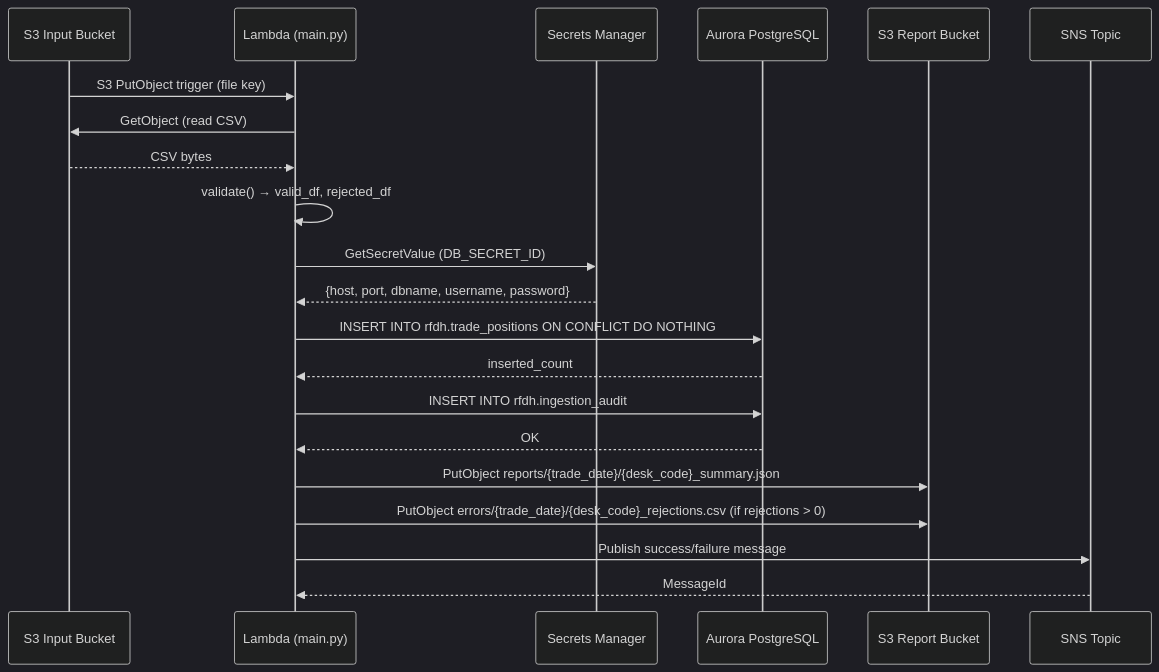
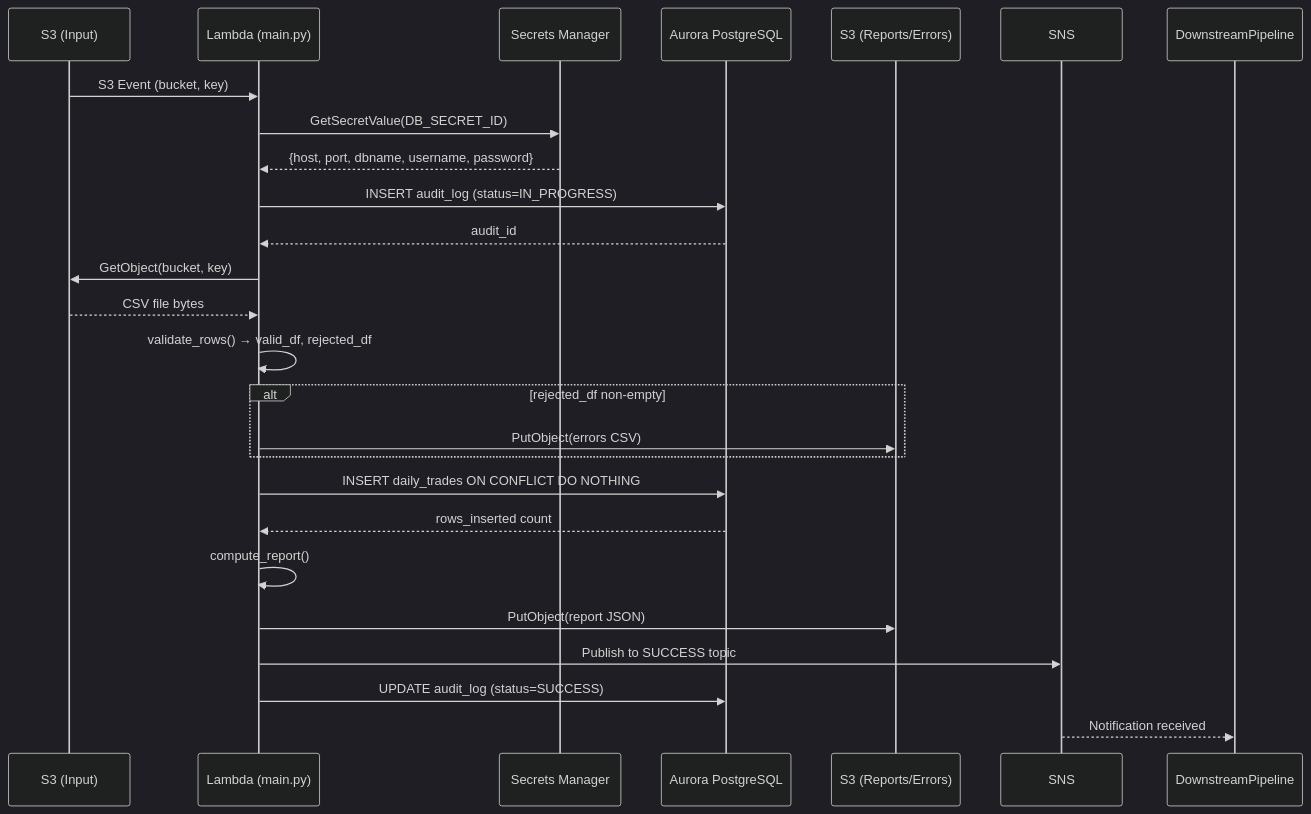
One commit to nartcr/agentic-poc-sandbox changed the second of 3 diagrams in TDD/TDD-Daily-Trade-Position-Ingestion.md. Above: the diagram before and after it, drawn with Mermaid (dark theme). The commit also changed other lines of this file and 10 other files, not shown here.

````diff
--- a/TDD/TDD-Daily-Trade-Position-Ingestion.md
+++ b/TDD/TDD-Daily-Trade-Position-Ingestion.md
@@ -483,30 +432,28 @@
 ```mermaid
 sequenceDiagram
-    participant S3_In as S3 Input Bucket
+    participant S3_In as S3 (Input)
     participant Lambda as Lambda (main.py)
-    participant SM as Secrets Manager
-    participant Aurora as Aurora PostgreSQL
-    participant S3_Rpt as S3 Report Bucket
-    participant SNS as SNS Topic
+    participant SecretsManager as Secrets Manager
+    participant AuroraDB as Aurora PostgreSQL
+    participant S3_Out as S3 (Reports/Errors)
+    participant SNS as SNS
 
-    S3_In->>Lambda: S3 PutObject trigger (file key)
-    Lambda->>S3_In: GetObject (read CSV)
-    S3_In-->>Lambda: CSV bytes
-
-    Lambda->>Lambda: validate() → valid_df, rejected_df
-
-    Lambda->>SM: GetSecretValue (DB_SECRET_ID)
-    SM-->>Lambda: {host, port, dbname, username, password}
-
-    Lambda->>Aurora: INSERT INTO rfdh.trade_positions ON CONFLICT DO NOTHING
-    Aurora-->>Lambda: inserted_count
-
-    Lambda->>Aurora: INSERT INTO rfdh.ingestion_audit
-    Aurora-->>Lambda: OK
-
-    Lambda->>S3_Rpt: PutObject reports/{trade_date}/{desk_code}_summary.json
-    Lambda->>S3_Rpt: PutObject errors/{trade_date}/{desk_code}_rejections.csv (if rejections > 0)
-
-    Lambda->>SNS: Publish success/failure message
-    SNS-->>Lambda: MessageId
+    S3_In->>Lambda: S3 Event (bucket, key)
+    Lambda->>SecretsManager: GetSecretValue(DB_SECRET_ID)
+    SecretsManager-->>Lambda: {host, port, dbname, username, password}
+    Lambda->>AuroraDB: INSERT audit_log (status=IN_PROGRESS)
+    AuroraDB-->>Lambda: audit_id
+    Lambda->>S3_In: GetObject(bucket, key)
+    S3_In-->>Lambda: CSV file bytes
+    Lambda->>Lambda: validate_rows() → valid_df, rejected_df
+    alt rejected_df non-empty
+        Lambda->>S3_Out: PutObject(errors CSV)
+    end
+    Lambda->>AuroraDB: INSERT daily_trades ON CONFLICT DO NOTHING
+    AuroraDB-->>Lambda: rows_inserted count
+    Lambda->>Lambda: compute_report()
+    Lambda->>S3_Out: PutObject(report JSON)
+    Lambda->>SNS: Publish to SUCCESS topic
+    Lambda->>AuroraDB: UPDATE audit_log (status=SUCCESS)
+    SNS-->>DownstreamPipeline: Notification received
 ```
````
